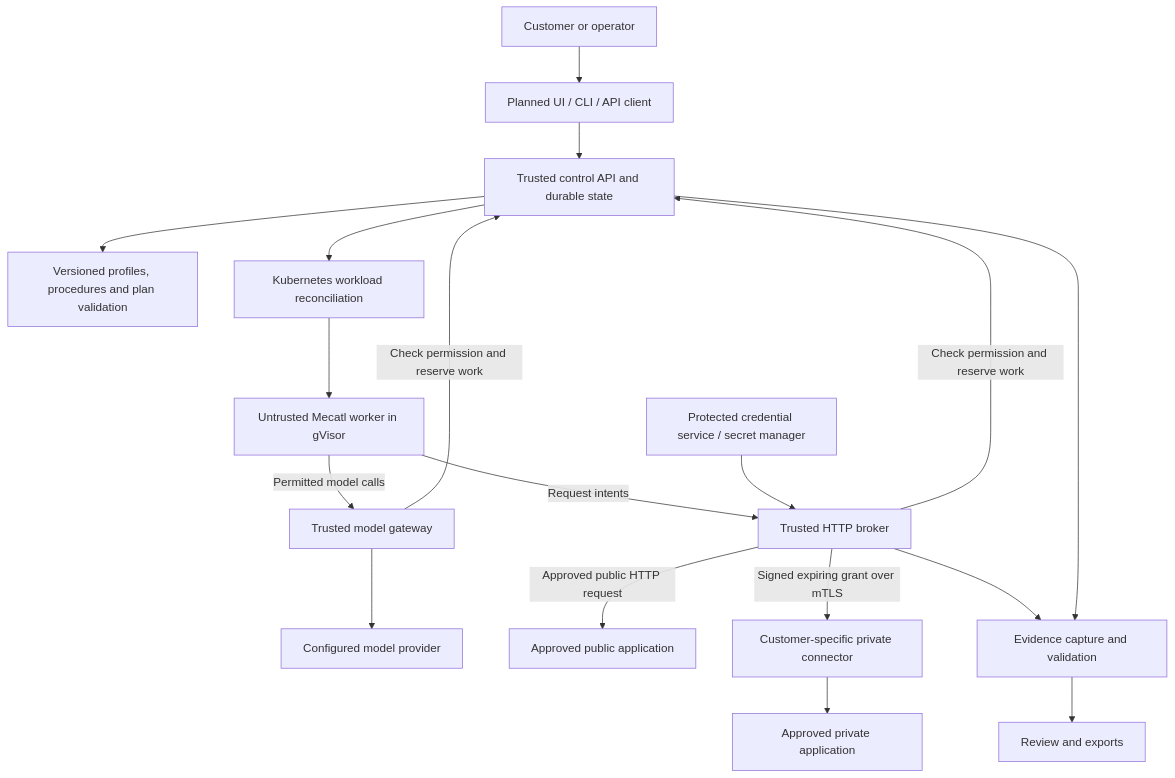
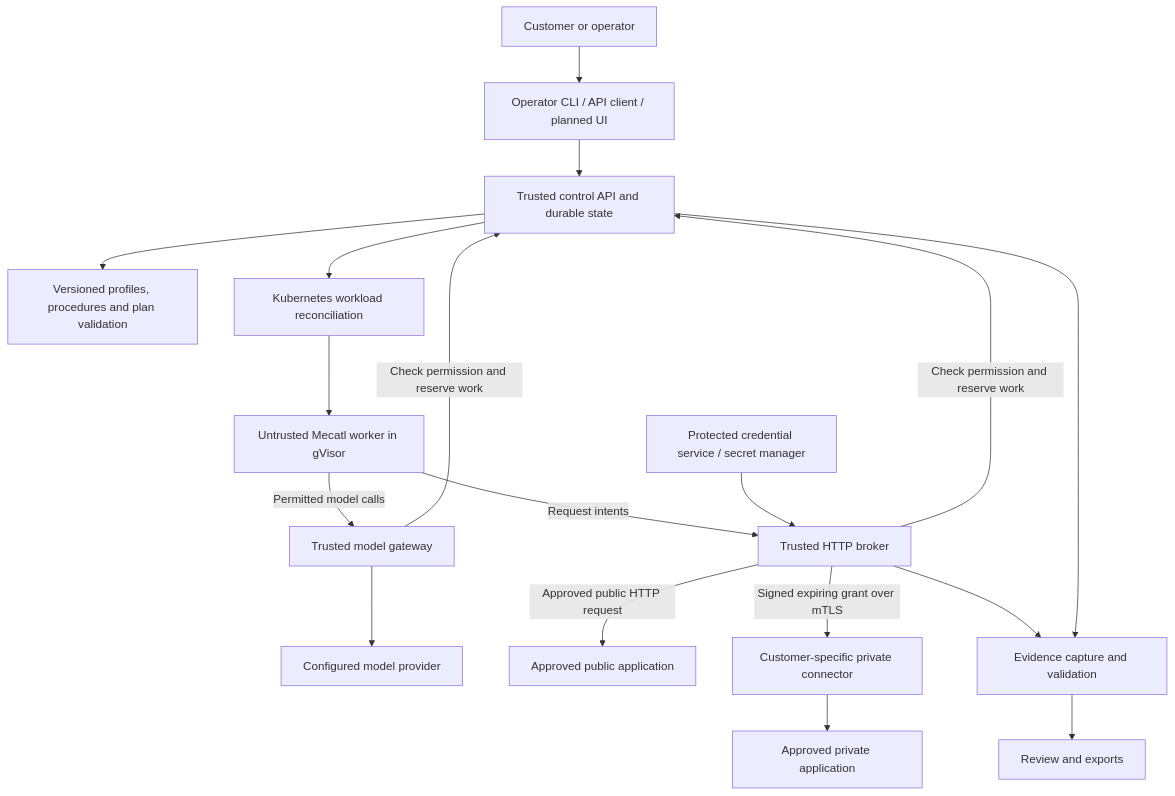
Before and after one commit to Sanskarzz/tsunami: the diagram in docs/design.md, drawn with Mermaid. The commit also changed other lines of this file and 527 other files, not shown here.

````diff
--- a/docs/design.md
+++ b/docs/design.md
@@ -154,20 +160,20 @@
 ```mermaid
 flowchart TB
-    User[Customer or operator] --> Clients[Planned UI / CLI / API client]
+    User[Customer or operator] --> Clients[Operator CLI / API client / planned UI]
     Clients --> Control[Trusted control API and durable state]
     Control --> Catalog[Versioned profiles, procedures and plan validation]
     Control --> Controller[Kubernetes workload reconciliation]
     Controller --> Worker[Untrusted Mecatl worker in gVisor]
     Worker -->|Request intents| Broker[Trusted HTTP broker]
     Worker -->|Permitted model calls| Models[Trusted model gateway]
     Models --> Provider[Configured model provider]
     Broker -->|Approved public HTTP request| Public[Approved public application]
     Broker -->|Signed expiring grant over mTLS| Connector[Customer-specific private connector]
     Connector --> Private[Approved private application]
     Broker --> Evidence[Evidence capture and validation]
     Control --> Evidence
     Evidence --> Reports[Review and exports]
     Broker -->|Check permission and reserve work| Control
     Models -->|Check permission and reserve work| Control
     Secrets[Protected credential service / secret manager] --> Broker
 ```
````
